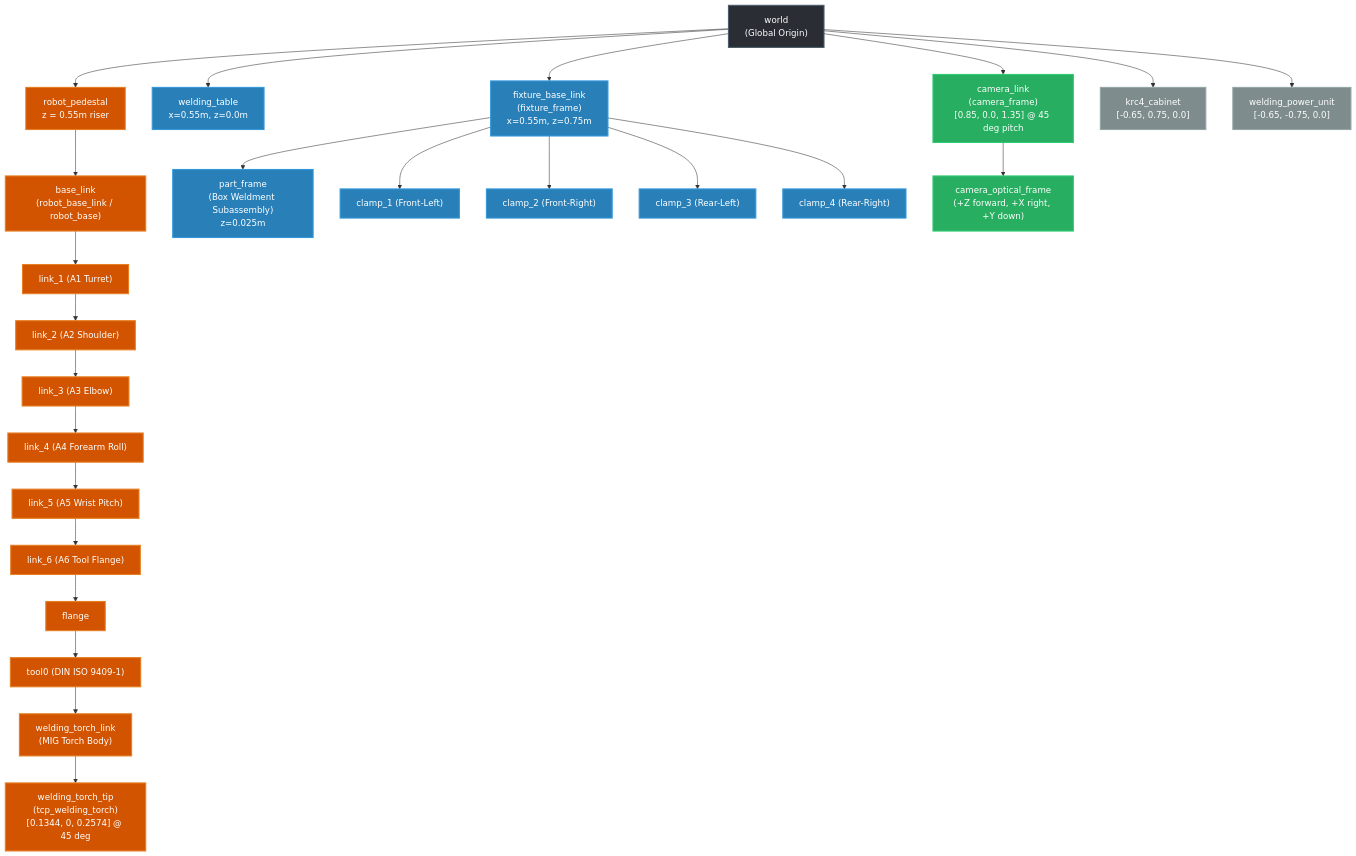
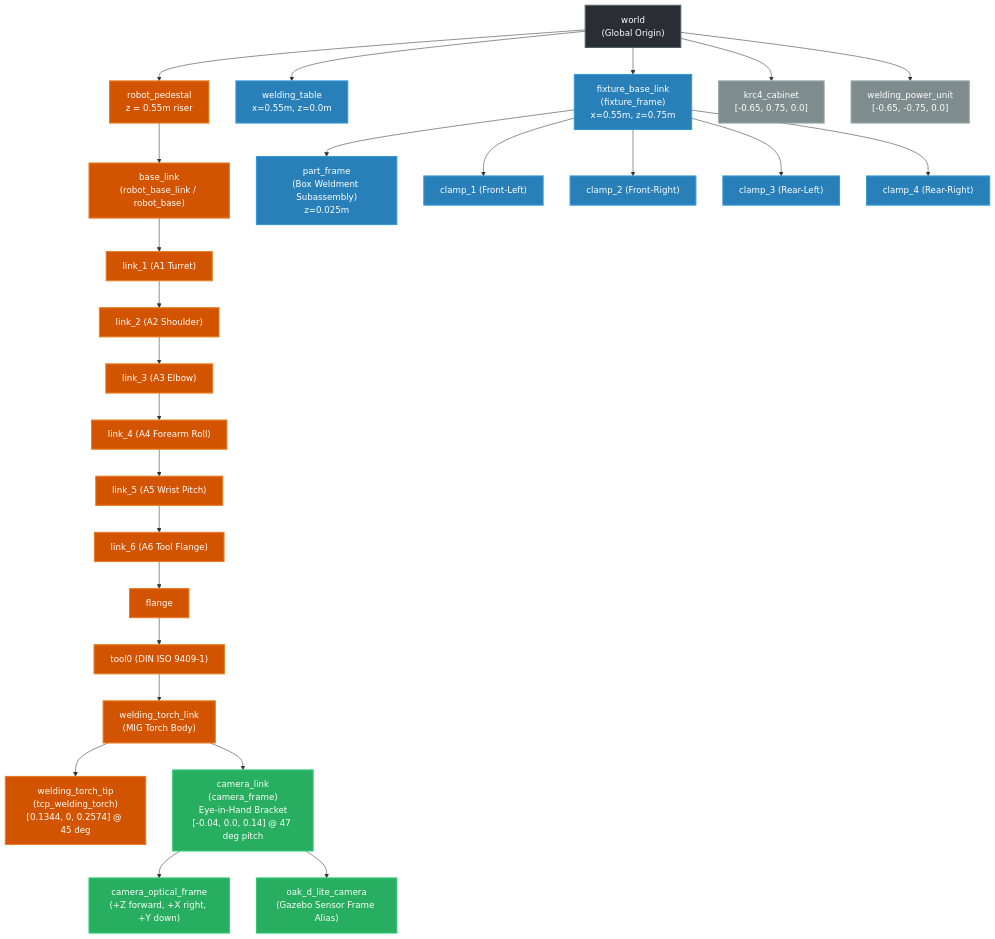
The second of 4 diagrams in docs/SIMULATION_GUIDE.md (UtkarshGhom/ventek-welding-arm-industry-project), drawn with Mermaid before and after one commit. The commit also changed other lines of this file and 10 other files, not shown here.

Commit message:
feat(vision): mount eye-in-hand RGB-D camera directly on welding arm torch

````diff
--- a/docs/SIMULATION_GUIDE.md
+++ b/docs/SIMULATION_GUIDE.md
@@ -149,41 +150,42 @@
 ```mermaid
 graph TD
     classDef root fill:#2A2D34,stroke:#4E5D6C,stroke-width:2px,color:#FFFFFF;
     classDef robot fill:#D35400,stroke:#E67E22,stroke-width:2px,color:#FFFFFF;
     classDef fixture fill:#2980B9,stroke:#3498DB,stroke-width:2px,color:#FFFFFF;
     classDef camera fill:#27AE60,stroke:#2ECC71,stroke-width:2px,color:#FFFFFF;
     classDef equip fill:#7F8C8D,stroke:#95A5A6,stroke-width:2px,color:#FFFFFF;
 
     WORLD["world<br/>(Global Origin)"]:::root
 
     %% Robot Kinematic Chain
     WORLD --> PEDESTAL["robot_pedestal<br/>z = 0.55m riser"]:::robot
     PEDESTAL --> BASE["base_link<br/>(robot_base_link / robot_base)"]:::robot
     BASE --> L1["link_1 (A1 Turret)"]:::robot
     L1 --> L2["link_2 (A2 Shoulder)"]:::robot
     L2 --> L3["link_3 (A3 Elbow)"]:::robot
     L3 --> L4["link_4 (A4 Forearm Roll)"]:::robot
     L4 --> L5["link_5 (A5 Wrist Pitch)"]:::robot
     L5 --> L6["link_6 (A6 Tool Flange)"]:::robot
     L6 --> FLANGE["flange"]:::robot
     FLANGE --> TOOL0["tool0 (DIN ISO 9409-1)"]:::robot
     TOOL0 --> TORCH["welding_torch_link<br/>(MIG Torch Body)"]:::robot
     TORCH --> TIP["welding_torch_tip<br/>(tcp_welding_torch)<br/>[0.1344, 0, 0.2574] @ 45 deg"]:::robot
 
     %% Cell Fixture & Workpiece Branch
     WORLD --> TABLE["welding_table<br/>x=0.55m, z=0.0m"]:::fixture
     WORLD --> FIXTURE["fixture_base_link<br/>(fixture_frame)<br/>x=0.55m, z=0.75m"]:::fixture
     FIXTURE --> PART["part_frame<br/>(Box Weldment Subassembly)<br/>z=0.025m"]:::fixture
     FIXTURE --> C1["clamp_1 (Front-Left)"]:::fixture
     FIXTURE --> C2["clamp_2 (Front-Right)"]:::fixture
     FIXTURE --> C3["clamp_3 (Rear-Left)"]:::fixture
     FIXTURE --> C4["clamp_4 (Rear-Right)"]:::fixture
 
-    %% Sensor Suite Branch
-    WORLD --> CAM["camera_link<br/>(camera_frame)<br/>[0.85, 0.0, 1.35] @ 45 deg pitch"]:::camera
+    %% Eye-in-Hand Sensor Suite Branch (Mounted on Welding Torch)
+    TORCH --> CAM["camera_link<br/>(camera_frame)<br/>Eye-in-Hand Bracket<br/>[-0.04, 0.0, 0.14] @ 47 deg pitch"]:::camera
     CAM --> OPTICAL["camera_optical_frame<br/>(+Z forward, +X right, +Y down)"]:::camera
+    CAM --> GZ_ALIAS["oak_d_lite_camera<br/>(Gazebo Sensor Frame Alias)"]:::camera
 
     %% Auxiliary Equipment Branch
     WORLD --> KRC4["krc4_cabinet<br/>[-0.65, 0.75, 0.0]"]:::equip
     WORLD --> POWER["welding_power_unit<br/>[-0.65, -0.75, 0.0]"]:::equip
 ```
````
